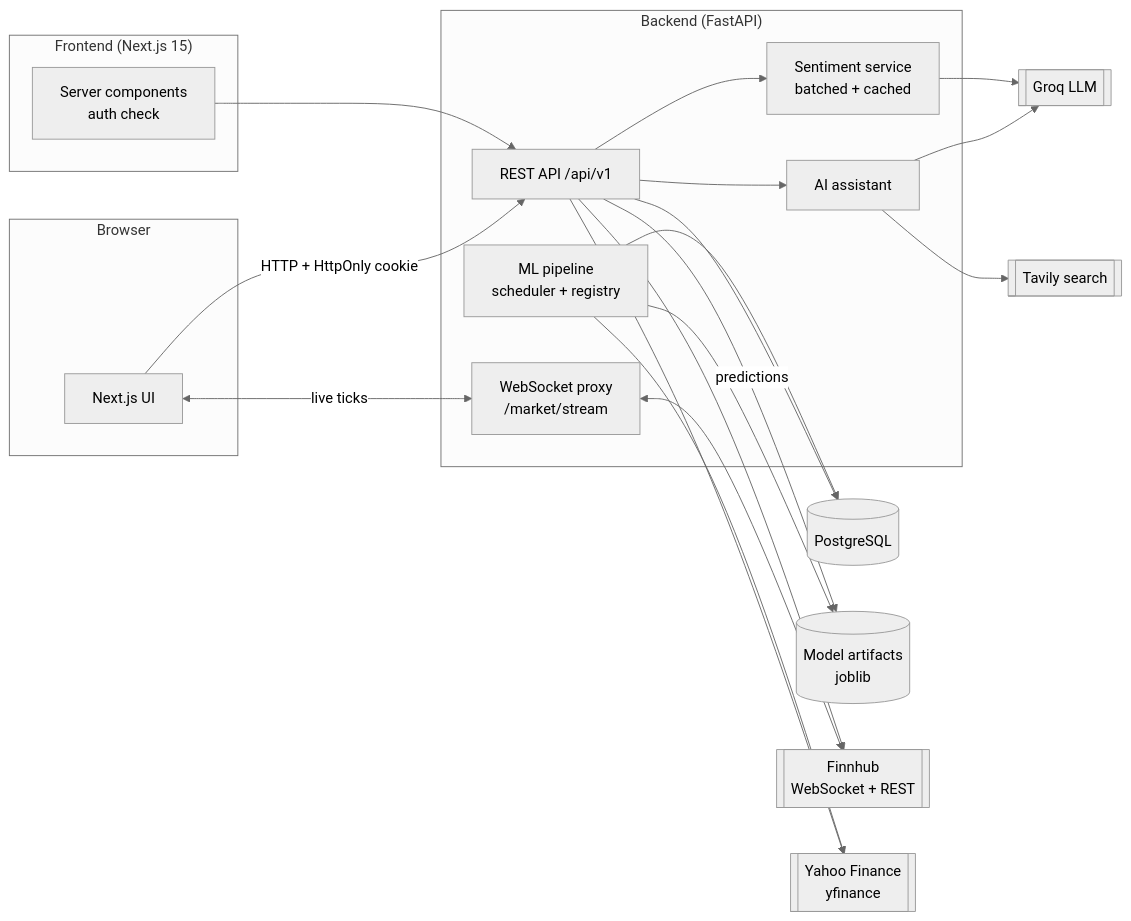
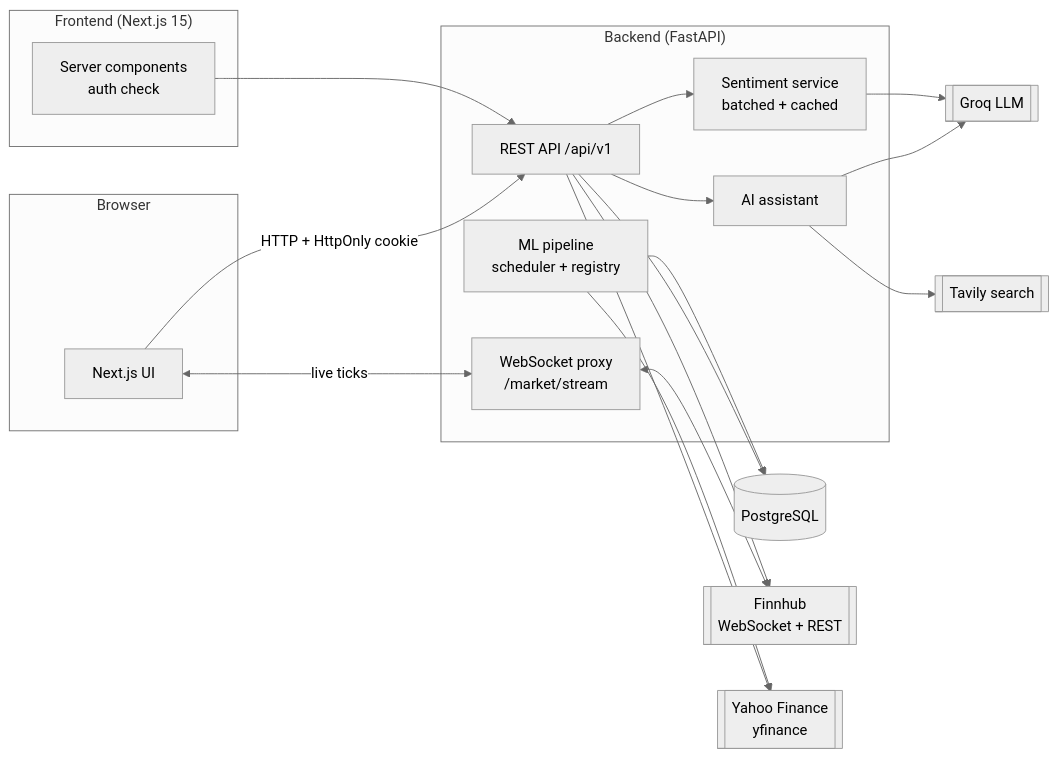
Before and after one commit to Jugalpatel3981/Stock-Analytics: the diagram in docs/ARCHITECTURE.md, drawn with Mermaid (neutral theme). The commit also changed other lines of this file and 27 other files, not shown here.

````diff
--- a/docs/ARCHITECTURE.md
+++ b/docs/ARCHITECTURE.md
@@ -7,43 +7,40 @@
 ```mermaid
 flowchart LR
     subgraph Browser
         UI[Next.js UI]
     end
 
     subgraph Frontend["Frontend (Next.js 15)"]
         SSR[Server components<br/>auth check]
     end
 
     subgraph Backend["Backend (FastAPI)"]
         API[REST API /api/v1]
         WS[WebSocket proxy<br/>/market/stream]
         Chat[AI assistant]
         Sent[Sentiment service<br/>batched + cached]
         ML[ML pipeline<br/>scheduler + registry]
     end
 
     DB[(PostgreSQL)]
-    Models[(Model artifacts<br/>joblib)]
 
     Finnhub[[Finnhub<br/>WebSocket + REST]]
     Yahoo[[Yahoo Finance<br/>yfinance]]
     Groq[[Groq LLM]]
     Tavily[[Tavily search]]
 
     UI -->|HTTP + HttpOnly cookie| API
     UI <-->|live ticks| WS
     SSR --> API
     WS <--> Finnhub
     API --> Yahoo
     API --> Finnhub
     API --> Chat
     API --> Sent
     Chat --> Groq
     Chat --> Tavily
     Sent --> Groq
     API --> DB
     ML --> Yahoo
     ML --> DB
-    ML --> Models
-    API -->|predictions| Models
 ```
````
